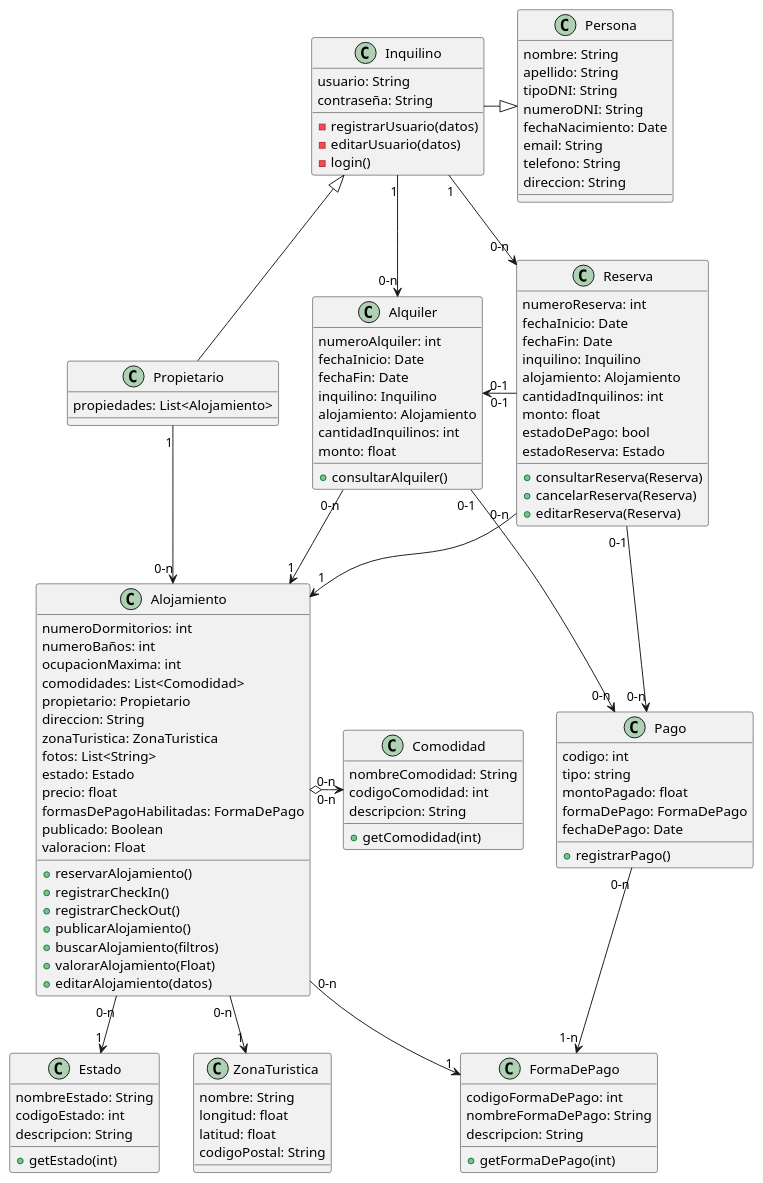
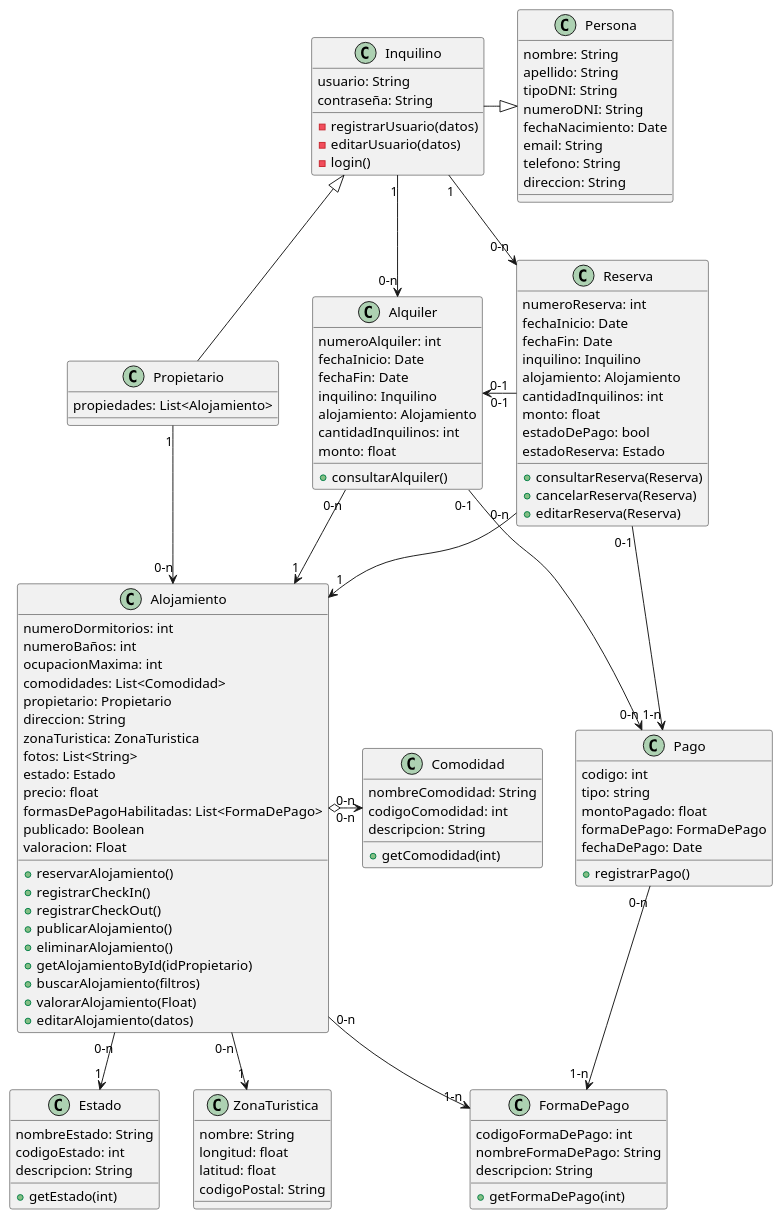
Before and after one commit to franciscolmos/IS1-EasyHome: the diagram in Diagrama_Clases/Diagrama_de_clases_EasyHome.puml, drawn with PlantUML.

Commit message:
UPDATE Diagrama de clases

```diff
--- a/Diagrama_Clases/Diagrama_de_clases_EasyHome.puml
+++ b/Diagrama_Clases/Diagrama_de_clases_EasyHome.puml
@@ -1,131 +1,133 @@
 @startuml EasyHome
 
 class Persona {
     nombre: String
     apellido: String
     tipoDNI: String
     numeroDNI: String
     fechaNacimiento: Date
     email: String
     telefono: String
     direccion: String
 }
 
 class Inquilino {
     usuario: String
     contraseña: String
     -registrarUsuario(datos)
     -editarUsuario(datos)
     -login()
 }
 
 class Propietario {
     propiedades: List<Alojamiento>
 }
 
 class Alojamiento {
     numeroDormitorios: int
     numeroBaños: int
     ocupacionMaxima: int
     comodidades: List<Comodidad>
     propietario: Propietario
     direccion: String
     zonaTuristica: ZonaTuristica
     fotos: List<String>
     estado: Estado
     precio: float
-    formasDePagoHabilitadas: FormaDePago
+    formasDePagoHabilitadas: List<FormaDePago>
     publicado: Boolean
     valoracion: Float
     +reservarAlojamiento()
     +registrarCheckIn()
     +registrarCheckOut()
     +publicarAlojamiento()
+    +eliminarAlojamiento()
+    +getAlojamientoById(idPropietario)
     +buscarAlojamiento(filtros)
     +valorarAlojamiento(Float)
     +editarAlojamiento(datos)
 }
 
 class ZonaTuristica {
     nombre: String
     longitud: float
     latitud: float
     codigoPostal: String
 }
 
 class Estado {
     nombreEstado: String
     codigoEstado: int
     descripcion: String
     +getEstado(int)
 }
 
 class Comodidad {
     nombreComodidad: String
     codigoComodidad: int
     descripcion: String
     +getComodidad(int)
 }
 
 class Reserva {
     numeroReserva: int
     fechaInicio: Date
     fechaFin: Date
     inquilino: Inquilino
     alojamiento: Alojamiento
     cantidadInquilinos: int
     monto: float
     estadoDePago: bool
     estadoReserva: Estado
     +consultarReserva(Reserva)
     +cancelarReserva(Reserva)
     +editarReserva(Reserva)
 }
 
 class Pago {
     codigo: int
     tipo: string
     montoPagado: float
     formaDePago: FormaDePago
     fechaDePago: Date
     +registrarPago()
 }
 
 class FormaDePago {
     codigoFormaDePago: int
     nombreFormaDePago: String
     descripcion: String
     +getFormaDePago(int)
 }
 
 class Alquiler {
     numeroAlquiler: int
     fechaInicio: Date
     fechaFin: Date
     inquilino: Inquilino
     alojamiento: Alojamiento
     cantidadInquilinos: int
     monto: float
     +consultarAlquiler()
 }
 
 Persona <|-left- Inquilino
 Inquilino <|-right- Propietario
 
 Alojamiento "0-n" <-left- "1" Propietario
 Alojamiento "0-n" o-> "0-n" Comodidad
 Alojamiento "0-n" --> "1" ZonaTuristica
 Alojamiento "0-n" --> "1" Estado
-Alojamiento "0-n" -->  "1" FormaDePago
+Alojamiento "0-n" -->  "1-n" FormaDePago
 
 Inquilino "1" --> "0-n" Reserva
 Inquilino "1" --> "0-n" Alquiler
 Alojamiento "1" <-up- "0-n" Reserva
 Alojamiento "1" <-up- "0-n" Alquiler
 Reserva "0-1" -left-> "0-1" Alquiler
 
 Pago "0-n" --> "1-n" FormaDePago
-Reserva "0-1" --> "0-n" Pago
+Reserva "0-1" --> "1-n" Pago
 Alquiler "0-1" --> "0-n" Pago
 
 @enduml
```
